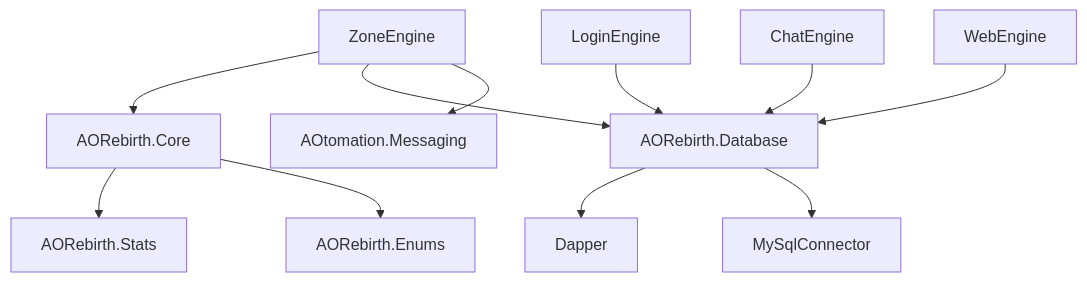
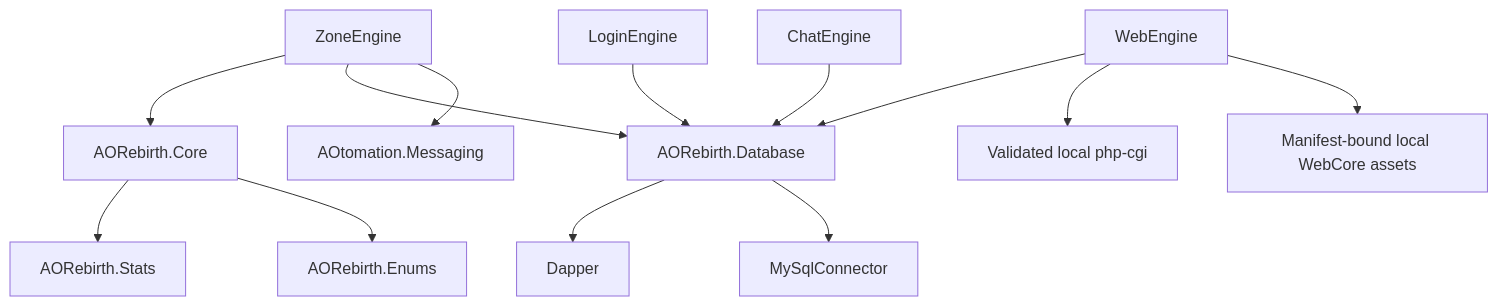
The fourth of 4 diagrams in docs/project/ARCHITECTURE.md (subarumike/AORebirth), drawn with Mermaid before and after one commit. The commit also changed other lines of this file and 5 other files, not shown here.

Commit message:
Document pinned WebCore provisioning boundary

````diff
--- a/docs/project/ARCHITECTURE.md
+++ b/docs/project/ARCHITECTURE.md
@@ -139,13 +150,15 @@
 ```mermaid
 flowchart TB
     ZoneEngine --> AORebirthCore["AORebirth.Core"]
     ZoneEngine --> AORebirthDatabase["AORebirth.Database"]
     ZoneEngine --> AOtomation["AOtomation.Messaging"]
     LoginEngine --> AORebirthDatabase
     ChatEngine --> AORebirthDatabase
     WebEngine --> AORebirthDatabase
+    WebEngine --> LocalPhpCgi["Validated local php-cgi"]
+    WebEngine --> PinnedWebCore["Manifest-bound local WebCore assets"]
     AORebirthCore --> AORebirthStats["AORebirth.Stats"]
     AORebirthCore --> AORebirthEnums["AORebirth.Enums"]
     AORebirthDatabase --> Dapper
     AORebirthDatabase --> MySqlConnector["MySqlConnector"]
 ```
````
